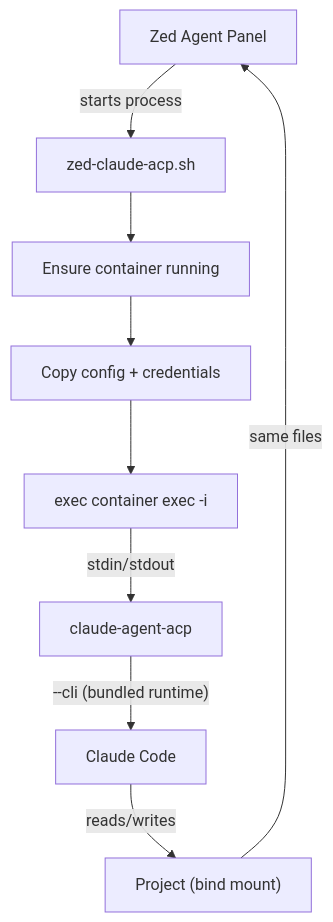
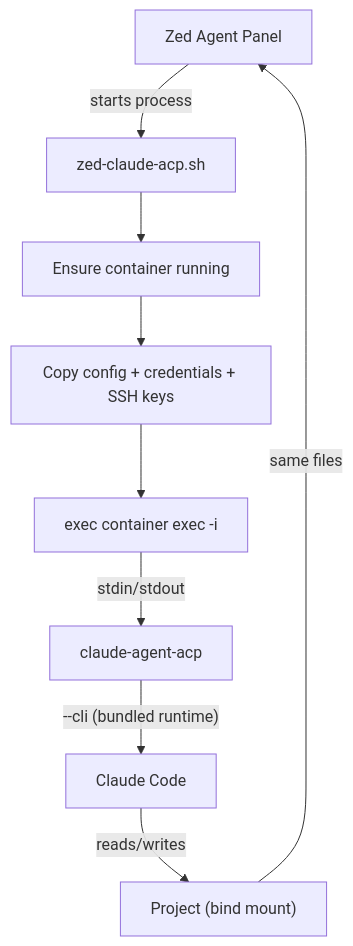
Before and after one commit to chew-z/Container: the fourth of 8 diagrams in README.md, drawn with Mermaid. The commit also changed other lines of this file and 5 other files, not shown here.

````diff
--- a/README.md
+++ b/README.md
@@ -110,11 +124,11 @@
 ```mermaid
 flowchart TB
     Zed["Zed Agent Panel"] -->|"starts process"| Script["zed-claude-acp.sh"]
     Script --> Ensure["Ensure container running"]
-    Ensure --> Setup["Copy config + credentials"]
+    Ensure --> Setup["Copy config + credentials + SSH keys"]
     Setup --> Attach["exec container exec -i"]
     Attach -->|"stdin/stdout"| ACP["claude-agent-acp"]
     ACP -->|"--cli (bundled runtime)"| Claude["Claude Code"]
     Claude -->|"reads/writes"| Mount["Project (bind mount)"]
     Mount -->|"same files"| Zed
 ```
````
